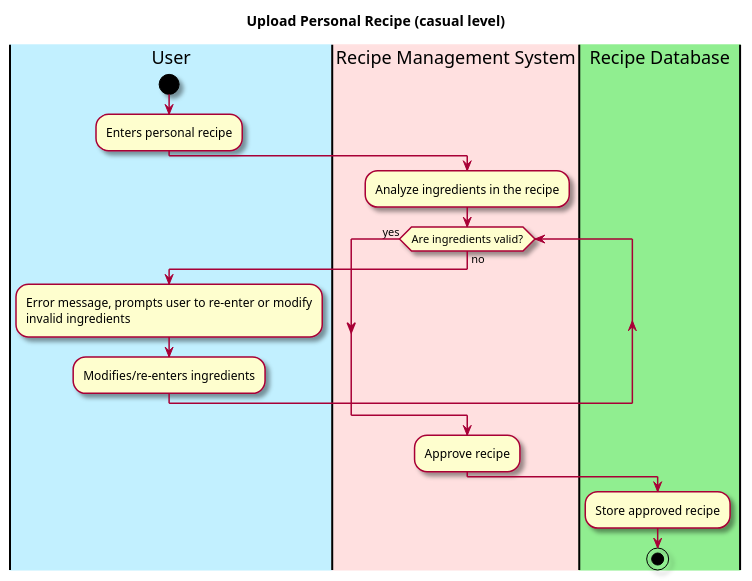
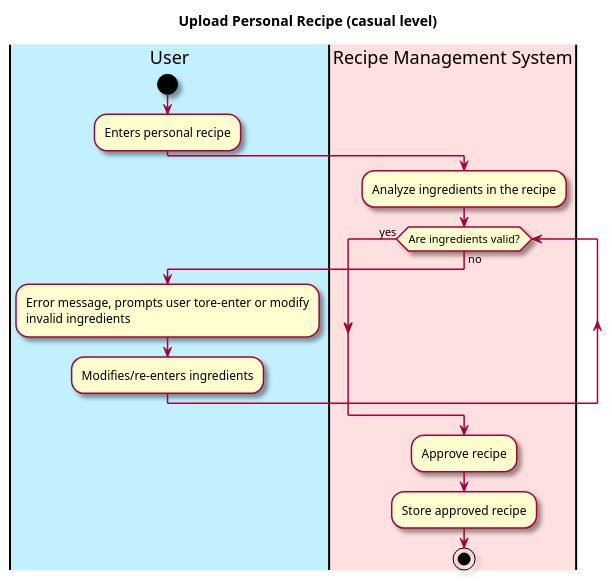
The diagram in intellij/doc/use-cases/upload_personal_recipe.md (berthashipper/Pantry-Pal-Android-Application), drawn with PlantUML before and after one commit. The commit also changed 7 other files, not shown here.

````diff
--- a/intellij/doc/use-cases/upload_personal_recipe.md
+++ b/intellij/doc/use-cases/upload_personal_recipe.md
@@ -28,37 +28,35 @@
 ```plantuml
 @startuml
 
 skin rose
 
 title Upload Personal Recipe (casual level)
 
 'define the lanes
 |#application|User|
 |#implementation|Recipe Management System|
-|#lightgreen|Recipe Database|
 
 |User|
 start
 :Enters personal recipe;
 
 |Recipe Management System|
 :Analyze ingredients in the recipe;
 
 while (Are ingredients valid?) is (no)
   |User|
-  :Error message, prompts user to re-enter or modify
+  :Error message, prompts user tore-enter or modify
   invalid ingredients;
   :Modifies/re-enters ingredients;  
 endwhile(yes) 
   
 
 |Recipe Management System|
 :Approve recipe;
-|Recipe Database|
 :Store approved recipe;
 
 stop
 
 
 @enduml
 ```
````
